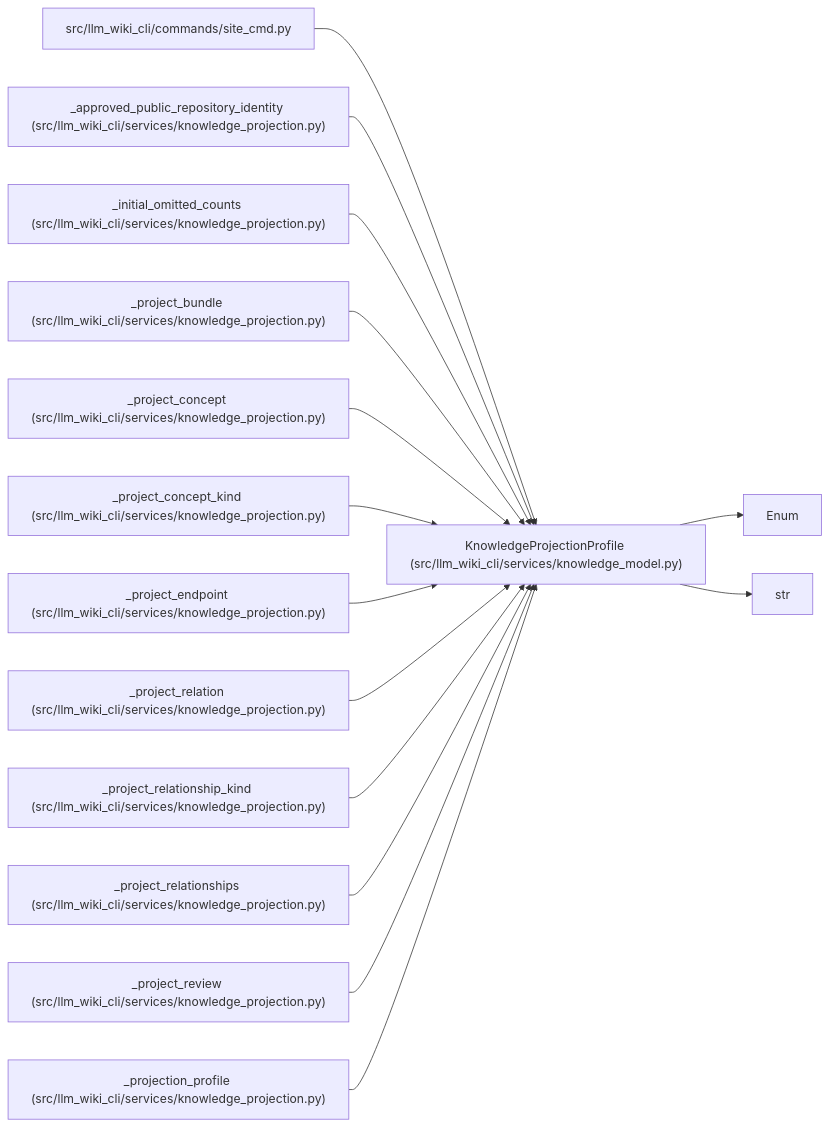
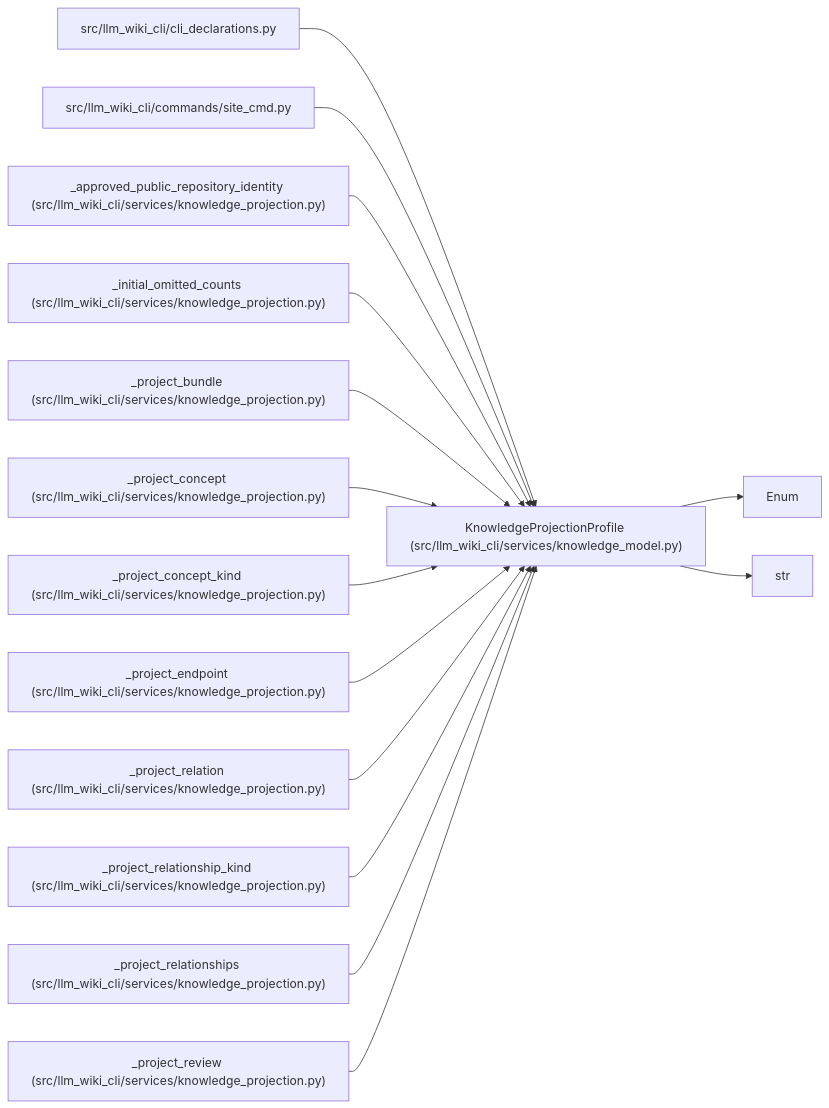
Before and after one commit to Denissvgn/python-wiki-llm: the diagram in docs/llm_wiki/entities/KnowledgeProjectionProfile.md, drawn with Mermaid. The commit also changed other lines of this file and 1555 other files, not shown here.

````diff
--- a/docs/llm_wiki/entities/KnowledgeProjectionProfile.md
+++ b/docs/llm_wiki/entities/KnowledgeProjectionProfile.md
@@ -26,45 +26,45 @@
 ```mermaid
 flowchart LR
     n0["KnowledgeProjectionProfile (src/llm_wiki_cli/services/knowledge_model.py)"]
     n1["Enum"]
     n2["str"]
-    n3["src/llm_wiki_cli/commands/site_cmd.py"]
-    n4["_approved_public_repository_identity (src/llm_wiki_cli/services/knowledge_projection.py)"]
-    n5["_initial_omitted_counts (src/llm_wiki_cli/services/knowledge_projection.py)"]
-    n6["_project_bundle (src/llm_wiki_cli/services/knowledge_projection.py)"]
-    n7["_project_concept (src/llm_wiki_cli/services/knowledge_projection.py)"]
-    n8["_project_concept_kind (src/llm_wiki_cli/services/knowledge_projection.py)"]
-    n9["_project_endpoint (src/llm_wiki_cli/services/knowledge_projection.py)"]
-    n10["_project_relation (src/llm_wiki_cli/services/knowledge_projection.py)"]
-    n11["_project_relationship_kind (src/llm_wiki_cli/services/knowledge_projection.py)"]
-    n12["_project_relationships (src/llm_wiki_cli/services/knowledge_projection.py)"]
-    n13["_project_review (src/llm_wiki_cli/services/knowledge_projection.py)"]
-    n14["_projection_profile (src/llm_wiki_cli/services/knowledge_projection.py)"]
+    n3["src/llm_wiki_cli/cli_declarations.py"]
+    n4["src/llm_wiki_cli/commands/site_cmd.py"]
+    n5["_approved_public_repository_identity (src/llm_wiki_cli/services/knowledge_projection.py)"]
+    n6["_initial_omitted_counts (src/llm_wiki_cli/services/knowledge_projection.py)"]
+    n7["_project_bundle (src/llm_wiki_cli/services/knowledge_projection.py)"]
+    n8["_project_concept (src/llm_wiki_cli/services/knowledge_projection.py)"]
+    n9["_project_concept_kind (src/llm_wiki_cli/services/knowledge_projection.py)"]
+    n10["_project_endpoint (src/llm_wiki_cli/services/knowledge_projection.py)"]
+    n11["_project_relation (src/llm_wiki_cli/services/knowledge_projection.py)"]
+    n12["_project_relationship_kind (src/llm_wiki_cli/services/knowledge_projection.py)"]
+    n13["_project_relationships (src/llm_wiki_cli/services/knowledge_projection.py)"]
+    n14["_project_review (src/llm_wiki_cli/services/knowledge_projection.py)"]
     n0 --> n1
     n0 --> n2
     n3 --> n0
     n4 --> n0
     n5 --> n0
     n6 --> n0
     n7 --> n0
     n8 --> n0
     n9 --> n0
     n10 --> n0
     n11 --> n0
     n12 --> n0
     n13 --> n0
     n14 --> n0
     click n0 "../modules/knowledge_model.md"
-    click n3 "../modules/site_cmd.md"
-    click n4 "../modules/knowledge_projection.md"
+    click n3 "../modules/cli_declarations.md"
+    click n4 "../modules/site_cmd.md"
     click n5 "../modules/knowledge_projection.md"
     click n6 "../modules/knowledge_projection.md"
     click n7 "../modules/knowledge_projection.md"
     click n8 "../modules/knowledge_projection.md"
     click n9 "../modules/knowledge_projection.md"
     click n10 "../modules/knowledge_projection.md"
     click n11 "../modules/knowledge_projection.md"
     click n12 "../modules/knowledge_projection.md"
     click n13 "../modules/knowledge_projection.md"
     click n14 "../modules/knowledge_projection.md"
 ```
````
